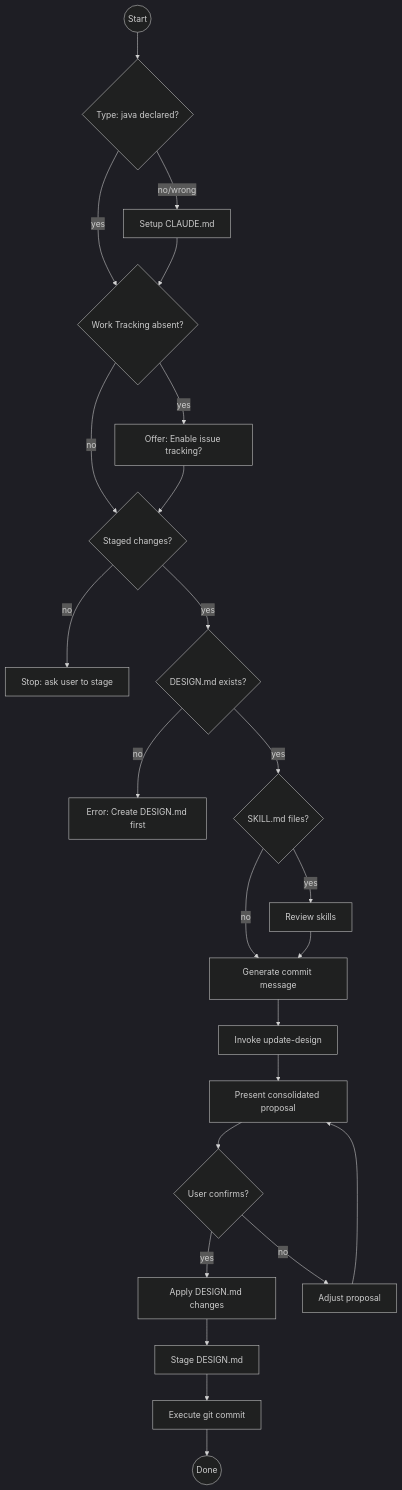
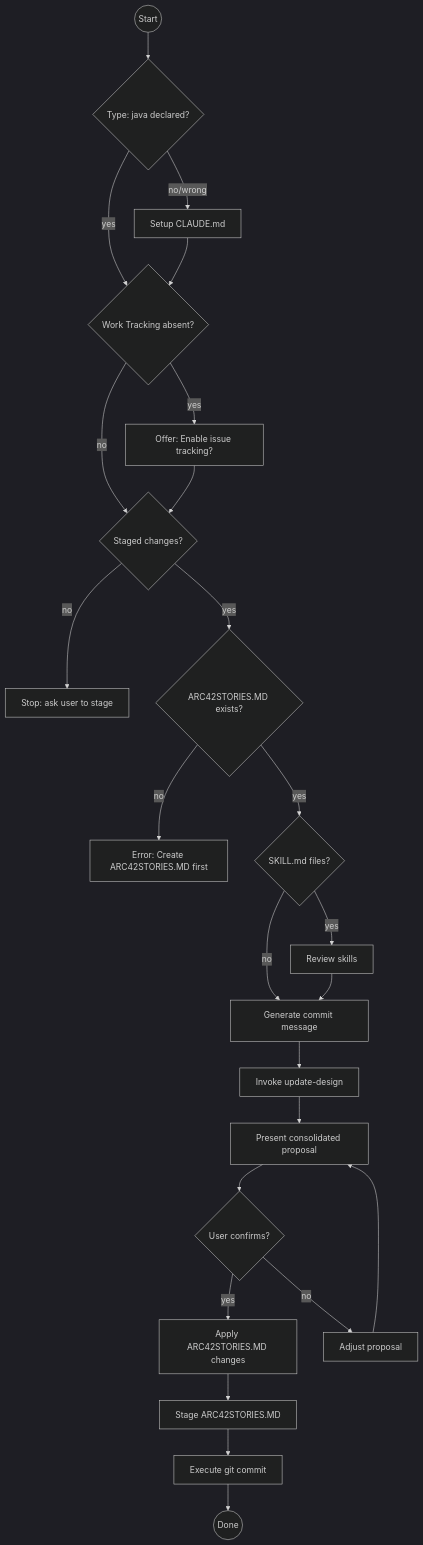
The diagram in git-commit/java.md (Hortora/soredium), drawn with Mermaid (dark theme) before and after one commit. The commit also changed other lines of this file and 43 other files, not shown here.

First line of the commit message:
chore: replace DESIGN.md → ARC42STORIES.MD across all skills, docs, scripts, tests

````diff
--- a/git-commit/java.md
+++ b/git-commit/java.md
@@ -32,44 +32,44 @@
 ```mermaid
 flowchart TD
     Start((Start))
     Type__java_declared_{Type: java declared?}
     Setup_CLAUDE_md[Setup CLAUDE.md]
     Staged_changes_{Staged changes?}
     Stop__ask_user_to_stage[Stop: ask user to stage]
-    DESIGN_md_exists_{DESIGN.md exists?}
-    Error__Create_DESIGN_md_first[Error: Create DESIGN.md first]
+    DESIGN_md_exists_{ARC42STORIES.MD exists?}
+    Error__Create_DESIGN_md_first[Error: Create ARC42STORIES.MD first]
     SKILL_md_files_{SKILL.md files?}
     Review_skills[Review skills]
     Generate_commit_message[Generate commit message]
     Invoke_java_update_design[Invoke update-design]
     Present_consolidated_proposal[Present consolidated proposal]
     User_confirms_{User confirms?}
-    Apply_DESIGN_md_changes[Apply DESIGN.md changes]
-    Stage_DESIGN_md[Stage DESIGN.md]
+    Apply_DESIGN_md_changes[Apply ARC42STORIES.MD changes]
+    Stage_DESIGN_md[Stage ARC42STORIES.MD]
     Execute_git_commit[Execute git commit]
     Done((Done))
     Adjust_proposal[Adjust proposal]
     Start --> Type__java_declared_
     Type__java_declared_ -->|no/wrong| Setup_CLAUDE_md
     Type__java_declared_ -->|yes| Work_Tracking_absent_
     Setup_CLAUDE_md --> Work_Tracking_absent_
     Work_Tracking_absent_{Work Tracking absent?} -->|yes| Offer_issue_tracking[Offer: Enable issue tracking?]
     Work_Tracking_absent_ -->|no| Staged_changes_
     Offer_issue_tracking --> Staged_changes_
     Staged_changes_ -->|no| Stop__ask_user_to_stage
     Staged_changes_ -->|yes| DESIGN_md_exists_
     DESIGN_md_exists_ -->|no| Error__Create_DESIGN_md_first
     DESIGN_md_exists_ -->|yes| SKILL_md_files_
     SKILL_md_files_ -->|yes| Review_skills
     SKILL_md_files_ -->|no| Generate_commit_message
     Review_skills --> Generate_commit_message
     Generate_commit_message --> Invoke_java_update_design
     Invoke_java_update_design --> Present_consolidated_proposal
     Present_consolidated_proposal --> User_confirms_
     User_confirms_ -->|no| Adjust_proposal
     Adjust_proposal --> Present_consolidated_proposal
     User_confirms_ -->|yes| Apply_DESIGN_md_changes
     Apply_DESIGN_md_changes --> Stage_DESIGN_md
     Stage_DESIGN_md --> Execute_git_commit
     Execute_git_commit --> Done
 ```
````
